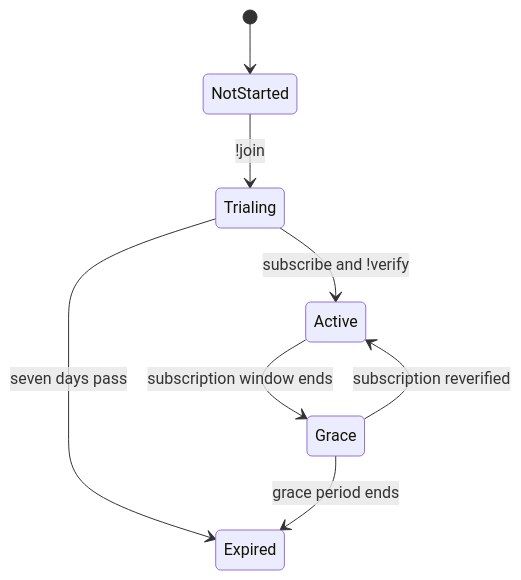
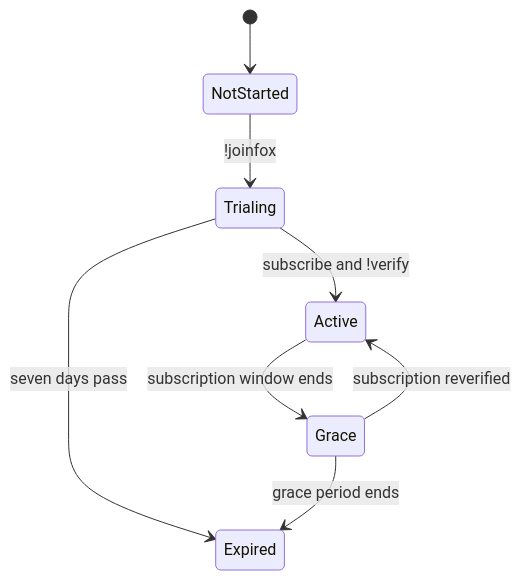
The second of 2 diagrams in ARCHITECTURE.md (Crypt0kingfx/foxbot-ai-chatbot), drawn with Mermaid before and after one commit. The commit also changed 7 other files, not shown here.

````diff
--- a/ARCHITECTURE.md
+++ b/ARCHITECTURE.md
@@ -38,10 +38,10 @@
 ```mermaid
 stateDiagram-v2
     [*] --> NotStarted
-    NotStarted --> Trialing: !join
+    NotStarted --> Trialing: !joinfox
     Trialing --> Active: subscribe and !verify
     Trialing --> Expired: seven days pass
     Active --> Grace: subscription window ends
     Grace --> Active: subscription reverified
     Grace --> Expired: grace period ends
 ```
````
